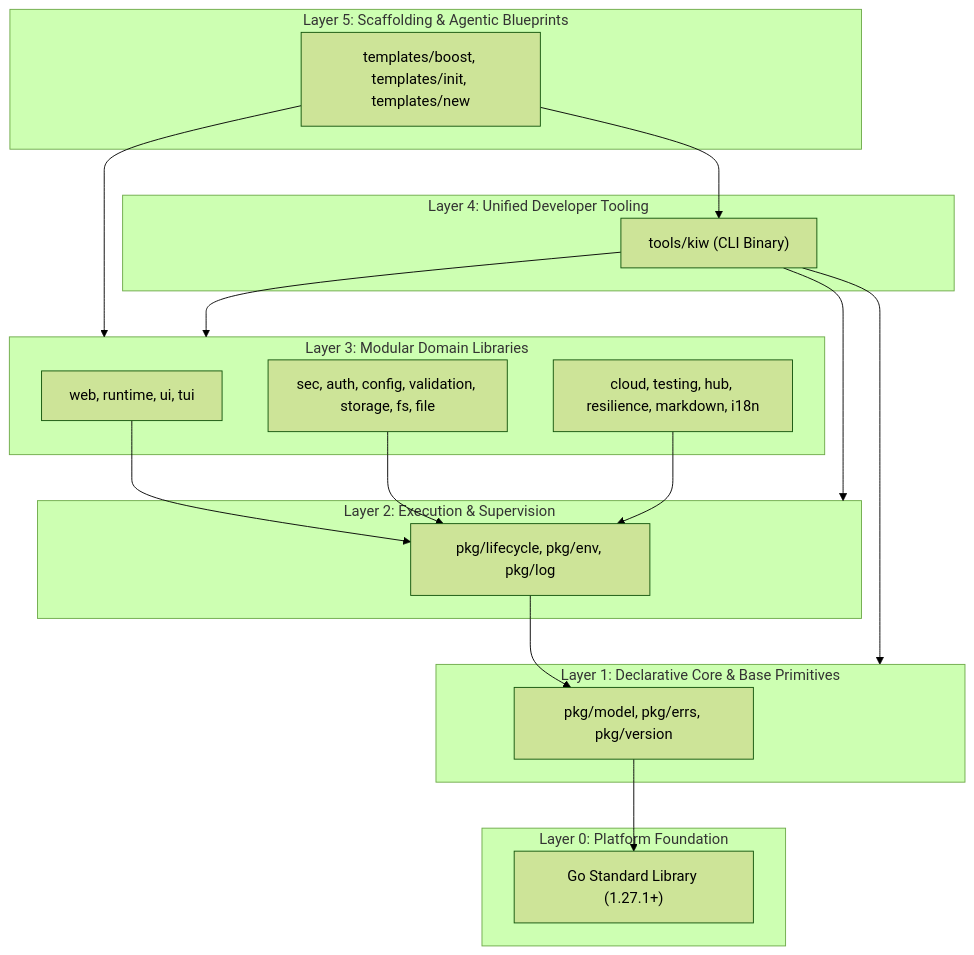
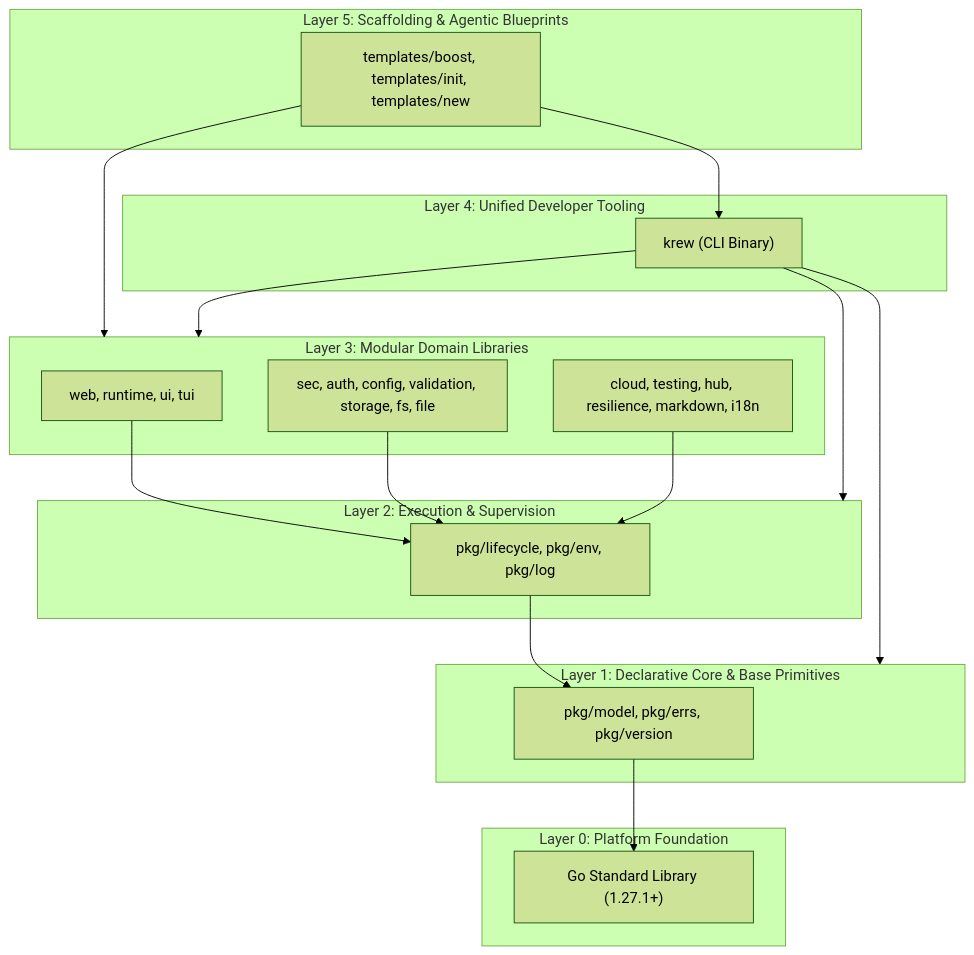
One commit to krewire/krewire changed the diagram in docs/foundation/architecture.md. Above: the diagram before and after it, drawn with Mermaid (forest theme). The commit also changed other lines of this file and 72 other files, not shown here.

````diff
--- a/docs/foundation/architecture.md
+++ b/docs/foundation/architecture.md
@@ -91,39 +91,39 @@
 ```mermaid
 flowchart TD
     subgraph L5 ["Layer 5: Scaffolding & Agentic Blueprints"]
         Templates["templates/boost, templates/init, templates/new"]
     end
 
     subgraph L4 ["Layer 4: Unified Developer Tooling"]
-        KiwCLI["tools/kiw (CLI Binary)"]
+        KiwCLI["krew (CLI Binary)"]
     end
 
     subgraph L3 ["Layer 3: Modular Domain Libraries"]
         WebRuntime["web, runtime, ui, tui"]
         SecuritySys["sec, auth, config, validation, storage, fs, file"]
         PlatformUtil["cloud, testing, hub, resilience, markdown, i18n"]
     end
 
     subgraph L2 ["Layer 2: Execution & Supervision"]
         KernLifecycle["pkg/lifecycle, pkg/env, pkg/log"]
     end
 
     subgraph L1 ["Layer 1: Declarative Core & Base Primitives"]
         KernModel["pkg/model, pkg/errs, pkg/version"]
     end
 
     subgraph L0 ["Layer 0: Platform Foundation"]
         StdLib["Go Standard Library (1.27.1+)"]
     end
 
     Templates --> KiwCLI
     Templates --> L3
     KiwCLI --> L3
     KiwCLI --> L2
     KiwCLI --> L1
     WebRuntime --> KernLifecycle
     SecuritySys --> KernLifecycle
     PlatformUtil --> KernLifecycle
     KernLifecycle --> KernModel
     KernModel --> StdLib
 ```
````
